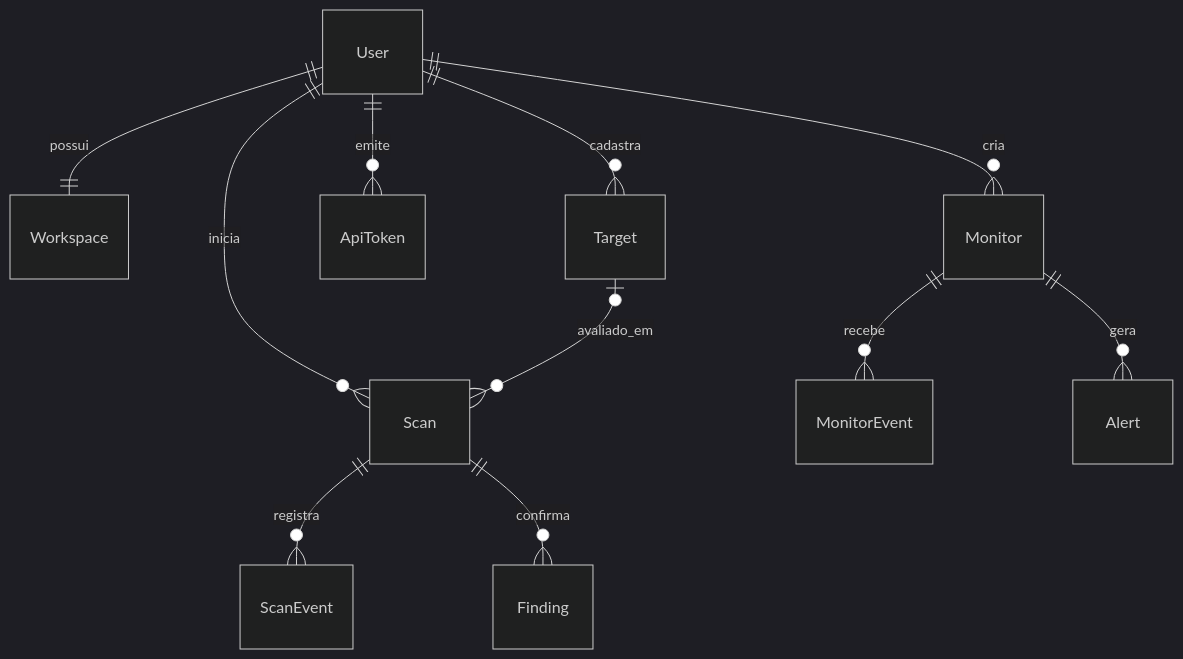
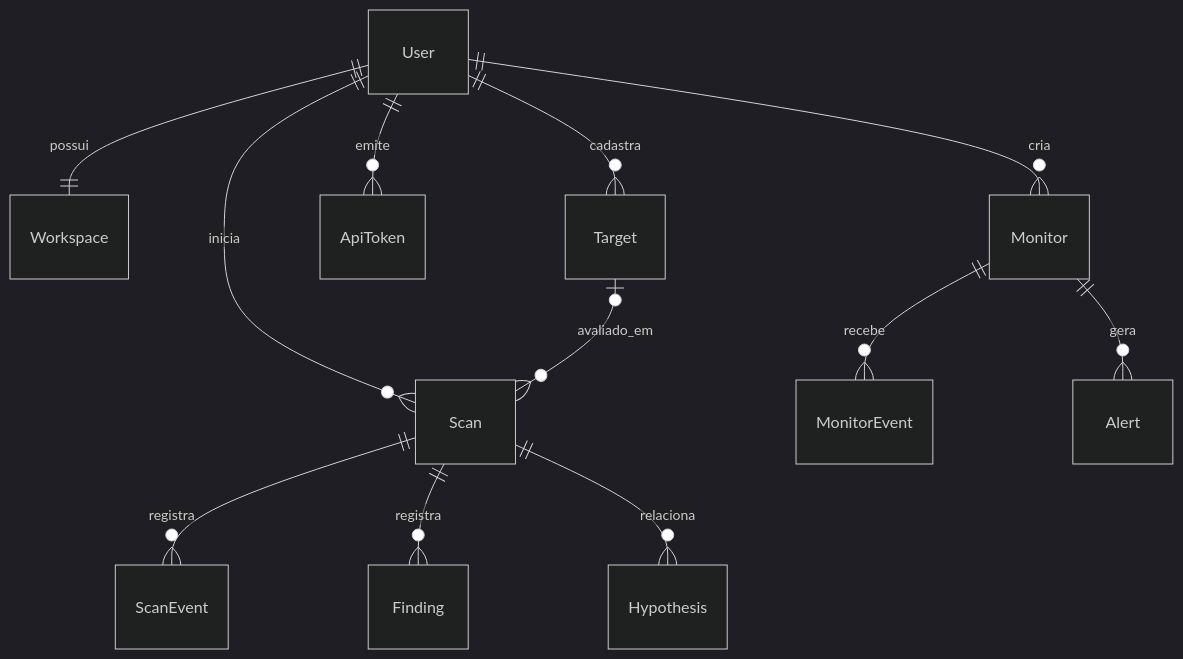
The diagram in docs/data-model.md (InnovarteTech/egide-ai), drawn with Mermaid (dark theme) before and after one commit. The commit also changed other lines of this file and 10 other files, not shown here.

````diff
--- a/docs/data-model.md
+++ b/docs/data-model.md
@@ -5,13 +5,14 @@
 ```mermaid
 erDiagram
   User ||--|| Workspace : possui
   User ||--o{ Target : cadastra
   User ||--o{ Scan : inicia
   Target |o--o{ Scan : avaliado_em
   Scan ||--o{ ScanEvent : registra
-  Scan ||--o{ Finding : confirma
+  Scan ||--o{ Finding : registra
+  Scan ||--o{ Hypothesis : relaciona
   User ||--o{ ApiToken : emite
   User ||--o{ Monitor : cria
   Monitor ||--o{ MonitorEvent : recebe
   Monitor ||--o{ Alert : gera
 ```
````
